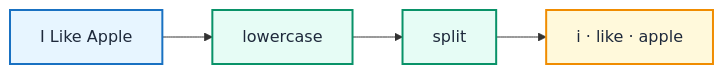
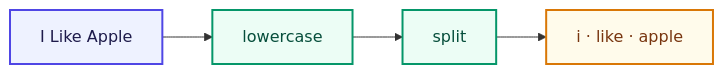
One commit to bhNibir/build-own-llm changed the diagram in content/docs/part-01-tokenizer/03-tokenizer.mdx. Above: the diagram before and after it, drawn with Mermaid. The commit also changed other lines of this file and 77 other files, not shown here.

````diff
--- a/content/docs/part-01-tokenizer/03-tokenizer.mdx
+++ b/content/docs/part-01-tokenizer/03-tokenizer.mdx
@@ -14,9 +12,9 @@
 ```mermaid
 flowchart LR
     A["I Like Apple"]:::input --> B["lowercase"]:::process
     B --> C["split"]:::process
     C --> D["i · like · apple"]:::output
-    classDef input fill:#E7F5FF,color:#1E293B,stroke:#1971C2,stroke-width:2px
-    classDef process fill:#E6FCF5,color:#1E293B,stroke:#099268,stroke-width:2px
-    classDef output fill:#FFF9DB,color:#1E293B,stroke:#F08C00,stroke-width:2px
+    classDef input fill:#EEF2FF,color:#1E1B4B,stroke:#4F46E5,stroke-width:2px
+    classDef process fill:#ECFDF5,color:#064E3B,stroke:#059669,stroke-width:2px
+    classDef output fill:#FFFBEB,color:#78350F,stroke:#D97706,stroke-width:2px
 ```
````
